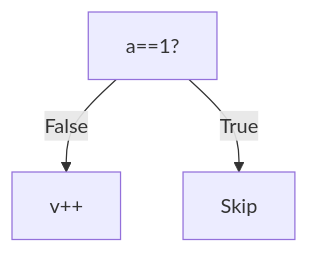
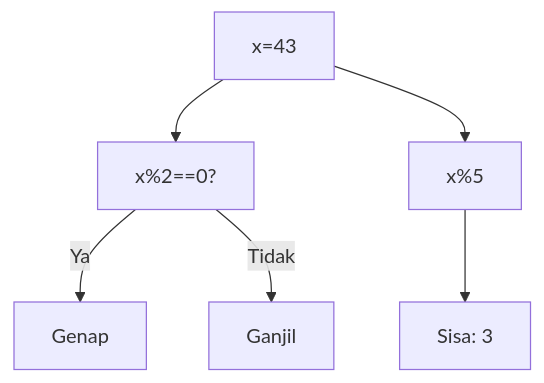
Before and after one commit to amnahwaida/OSNK_INF_PREP: the ninth of 25 diagrams in part-c-pemahaman-cpp/05-rekursi/latihan/set-07.md, drawn with Mermaid. The commit also changed other lines of this file and 71 other files, not shown here.

Commit message:
Fixed Mermaid syntax lexical errors with quoted labels in 1,800 questions

````diff
--- a/part-c-pemahaman-cpp/05-rekursi/latihan/set-07.md
+++ b/part-c-pemahaman-cpp/05-rekursi/latihan/set-07.md
@@ -141,5 +279,8 @@
 ```mermaid
 graph TD
-A[a==1?] -- False --> B[v++]
-A -- True --> C[Skip]
+A["x=43"] --> B["x%2==0?"]
+B -- Ya --> C["Genap"]
+B -- Tidak --> D["Ganjil"]
+A --> E["x%5"]
+E --> F["Sisa: 3"]
 ```
````
